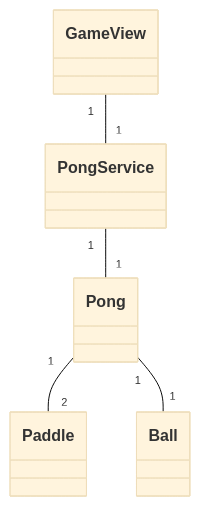
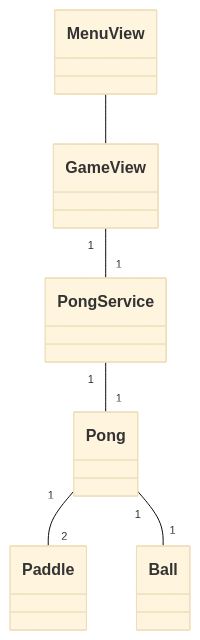
Before and after one commit to jannelem/Jannen-pong: the diagram in dokumentaatio/arkkitehtuuri.md, drawn with Mermaid (base theme). The commit also changed other lines of this file, not shown here.

````diff
--- a/dokumentaatio/arkkitehtuuri.md
+++ b/dokumentaatio/arkkitehtuuri.md
@@ -3,7 +7,8 @@
 ```mermaid
 classDiagram
+MenuView -- GameView
 GameView "1" -- "1" PongService
 PongService "1" -- "1" Pong
 Pong "1" -- "2" Paddle
 Pong "1" -- "1" Ball
 ```
````
